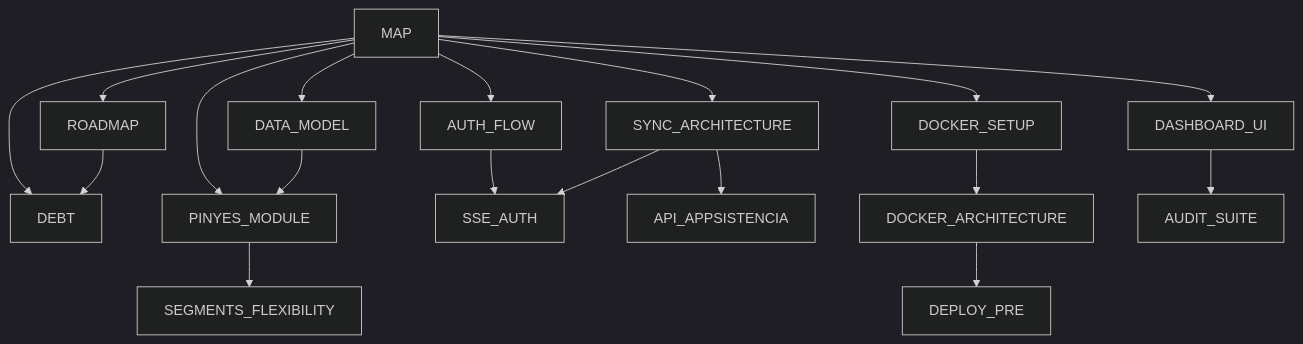
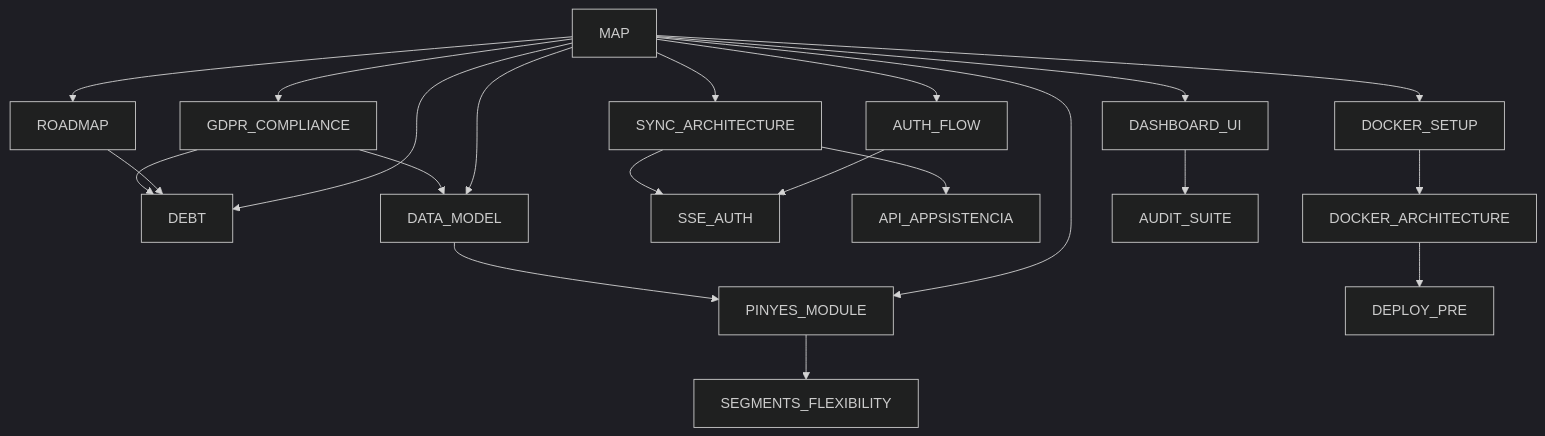
One commit to MuixerangaBarcelonaCat/MuixerApp changed the diagram in docs/MAP.md. Above: the diagram before and after it, drawn with Mermaid (dark theme). The commit also changed other lines of this file and 4 other files, not shown here.

Commit message:
docs: add GDPR/LOPDGDD compliance report and implementation plan

````diff
--- a/docs/MAP.md
+++ b/docs/MAP.md
@@ -27,20 +27,23 @@
 ```mermaid
 graph TD
   MAP[MAP] --> ROADMAP
   MAP --> DEBT
   MAP --> DATA_MODEL
   MAP --> PINYES_MODULE
   MAP --> AUTH_FLOW
   MAP --> SYNC_ARCHITECTURE
   MAP --> DASHBOARD_UI
   MAP --> DOCKER_SETUP
   DATA_MODEL --> PINYES_MODULE
   PINYES_MODULE --> SEGMENTS_FLEXIBILITY
   AUTH_FLOW --> SSE_AUTH
   SYNC_ARCHITECTURE --> API_APPSISTENCIA
   SYNC_ARCHITECTURE --> SSE_AUTH
   DOCKER_SETUP --> DOCKER_ARCHITECTURE
   DOCKER_ARCHITECTURE --> DEPLOY_PRE
   DASHBOARD_UI --> AUDIT_SUITE
   ROADMAP --> DEBT
+  MAP --> GDPR_COMPLIANCE
+  GDPR_COMPLIANCE --> DATA_MODEL
+  GDPR_COMPLIANCE --> DEBT
 ```
````
